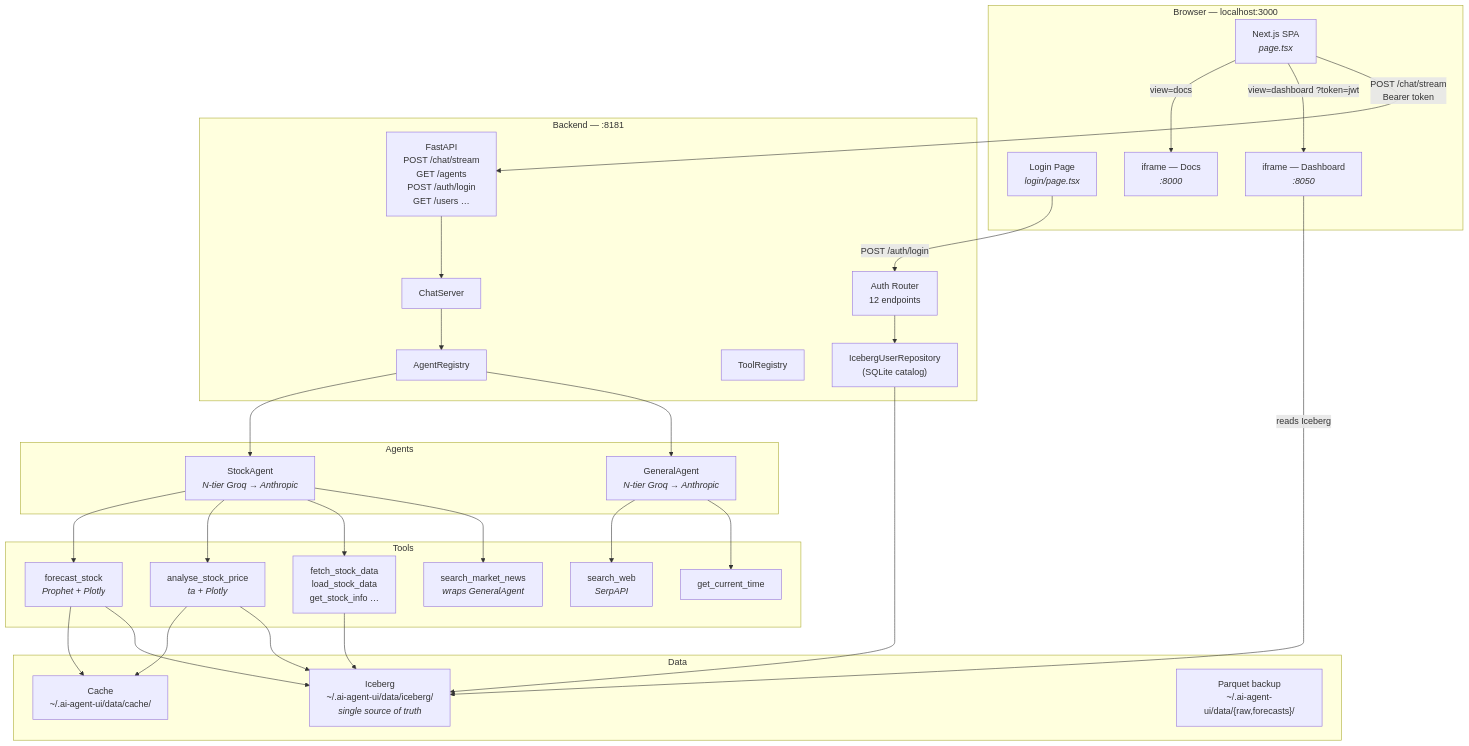
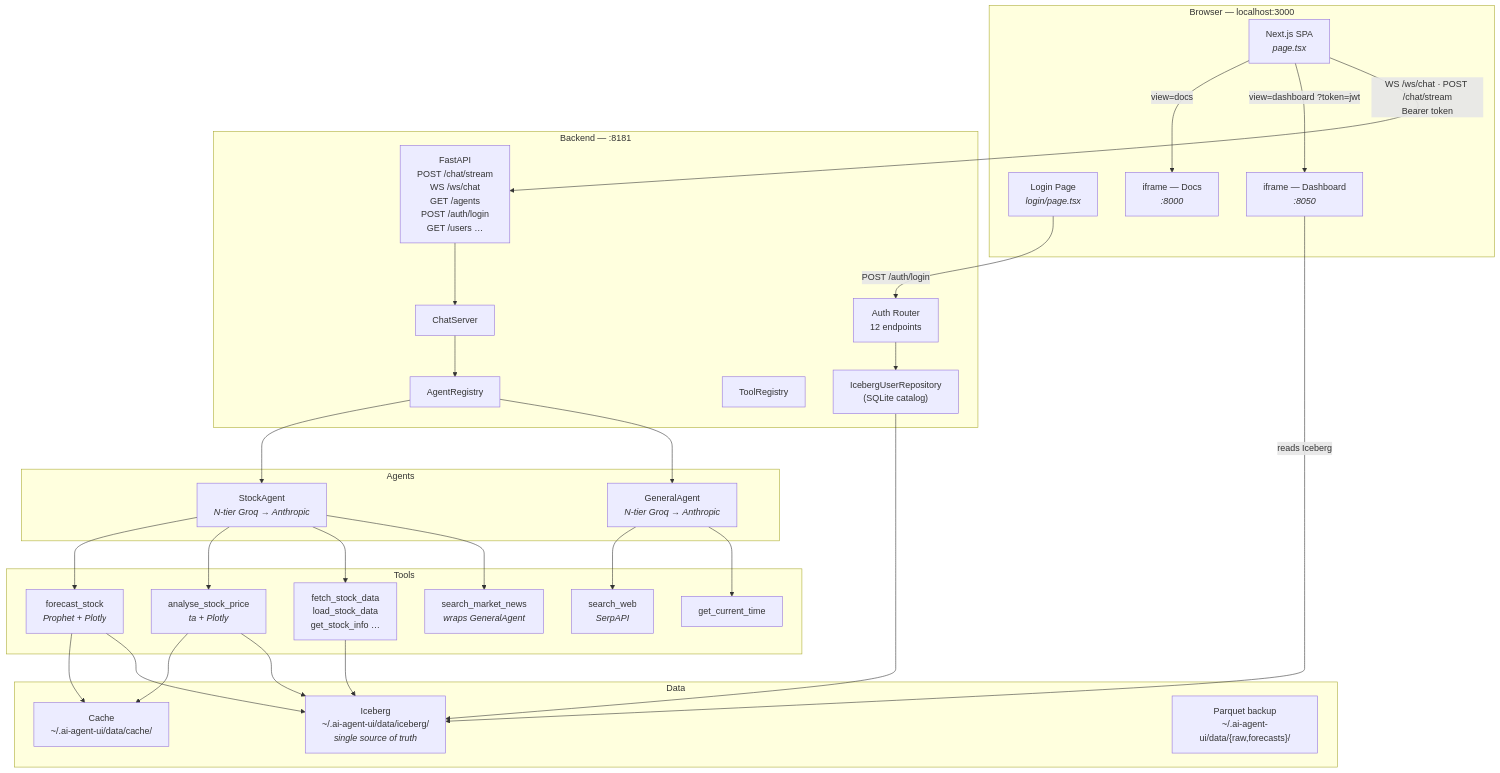
Before and after one commit to asequitytrading-design/ai-agent-ui: the first of 5 diagrams in README.md, drawn with Mermaid. The commit also changed other lines of this file and 1 other file, not shown here.

````diff
--- a/README.md
+++ b/README.md
@@ -68,52 +68,52 @@
 ```mermaid
 graph TD
     subgraph Browser["Browser — localhost:3000"]
         UI["Next.js SPA<br/><i>page.tsx</i>"]
         Login["Login Page<br/><i>login/page.tsx</i>"]
         IF_DASH["iframe — Dashboard<br/><i>:8050</i>"]
         IF_DOCS["iframe — Docs<br/><i>:8000</i>"]
     end
 
     subgraph Backend["Backend — :8181"]
-        API["FastAPI<br/>POST /chat/stream<br/>GET /agents<br/>POST /auth/login<br/>GET /users …"]
+        API["FastAPI<br/>POST /chat/stream<br/>WS /ws/chat<br/>GET /agents<br/>POST /auth/login<br/>GET /users …"]
         CS["ChatServer"]
         AR["AgentRegistry"]
         TR["ToolRegistry"]
         AUTH["Auth Router<br/>12 endpoints"]
         ICE["IcebergUserRepository<br/>(SQLite catalog)"]
     end
 
     subgraph Agents["Agents"]
         GA["GeneralAgent<br/><i>N-tier Groq → Anthropic</i>"]
         SA["StockAgent<br/><i>N-tier Groq → Anthropic</i>"]
     end
 
     subgraph Tools["Tools"]
         T1["get_current_time"]
         T2["search_web<br/><i>SerpAPI</i>"]
         T3["search_market_news<br/><i>wraps GeneralAgent</i>"]
         T4["fetch_stock_data<br/>load_stock_data<br/>get_stock_info …"]
         T5["analyse_stock_price<br/><i>ta + Plotly</i>"]
         T6["forecast_stock<br/><i>Prophet + Plotly</i>"]
     end
 
     subgraph Data["Data"]
         IC["Iceberg<br/>~/.ai-agent-ui/data/iceberg/<br/><i>single source of truth</i>"]
         C["Cache<br/>~/.ai-agent-ui/data/cache/"]
         P["Parquet backup<br/>~/.ai-agent-ui/data/{raw,forecasts}/"]
     end
 
     Login -->|"POST /auth/login"| AUTH
     AUTH --> ICE --> IC
-    UI -->|"POST /chat/stream<br/>Bearer token"| API
+    UI -->|"WS /ws/chat · POST /chat/stream<br/>Bearer token"| API
     API --> CS --> AR
     AR --> GA & SA
     GA --> T1 & T2
     SA --> T3 & T4 & T5 & T6
     T4 --> IC
     T5 --> IC & C
     T6 --> IC & C
     IF_DASH -->|"reads Iceberg"| IC
     UI -->|"view=dashboard ?token=jwt"| IF_DASH
     UI -->|"view=docs"| IF_DOCS
 ```
````
